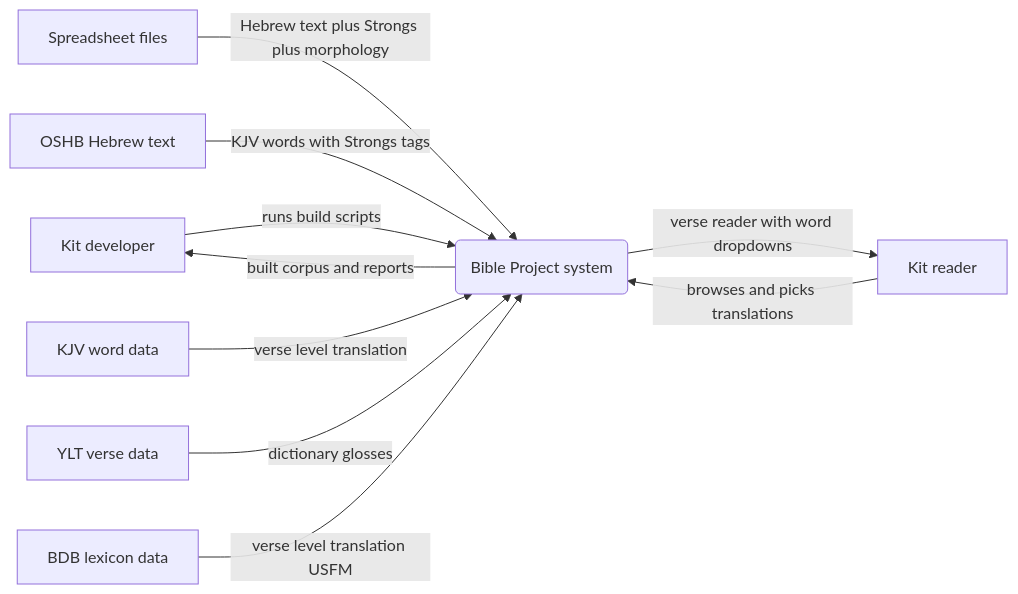
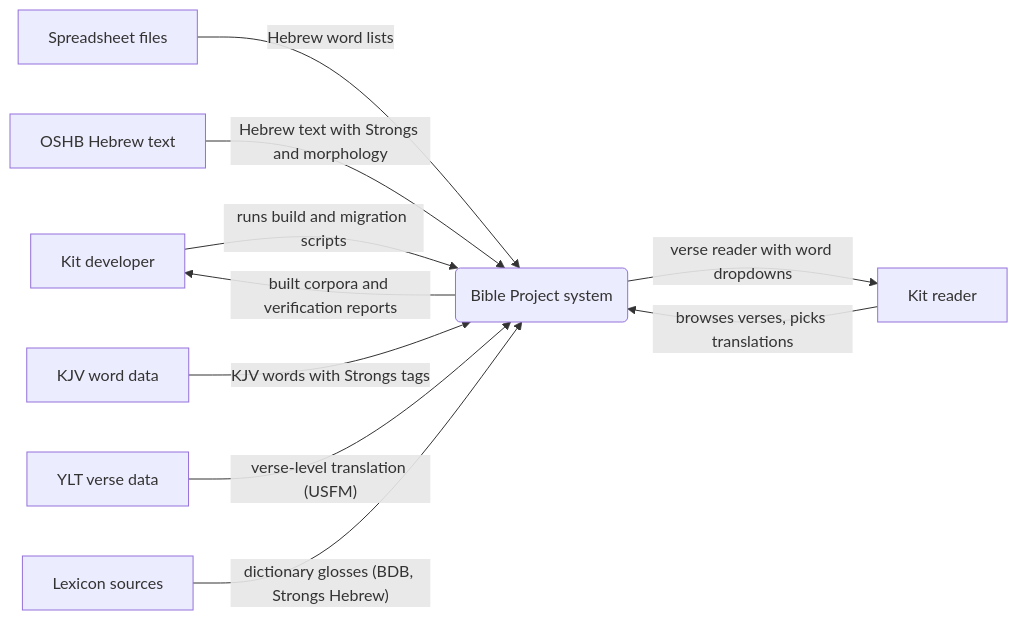
One commit to cosbykit-afk/bible-project changed the first of 3 diagrams in docs/architecture.md. Above: the diagram before and after it, drawn with Mermaid. The commit also changed other lines of this file, not shown here.

Commit message:
docs: improve architecture diagrams — v2 normalized schema, grounded ERD and DFD

````diff
--- a/docs/architecture.md
+++ b/docs/architecture.md
@@ -9,20 +11,20 @@
 ```mermaid
 flowchart LR
     E1["Kit developer"]
     E2["Kit reader"]
     E3["Spreadsheet files"]
     E4["OSHB Hebrew text"]
     E5["KJV word data"]
     E6["YLT verse data"]
-    E7["BDB lexicon data"]
+    E7["Lexicon sources"]
     P0("Bible Project system")
-    E1 -->|"runs build scripts"| P0
-    E2 -->|"browses and picks translations"| P0
-    E3 -->|"Hebrew text plus Strongs plus morphology"| P0
-    E4 -->|"KJV words with Strongs tags"| P0
-    E5 -->|"verse level translation"| P0
-    E6 -->|"dictionary glosses"| P0
-    E7 -->|"verse level translation USFM"| P0
-    P0 -->|"built corpus and reports"| E1
+    E1 -->|"runs build and migration scripts"| P0
+    E2 -->|"browses verses, picks translations"| P0
+    E3 -->|"Hebrew word lists"| P0
+    E4 -->|"Hebrew text with Strongs and morphology"| P0
+    E5 -->|"KJV words with Strongs tags"| P0
+    E6 -->|"verse-level translation (USFM)"| P0
+    E7 -->|"dictionary glosses (BDB, Strongs Hebrew)"| P0
+    P0 -->|"built corpora and verification reports"| E1
     P0 -->|"verse reader with word dropdowns"| E2
 ```
````
